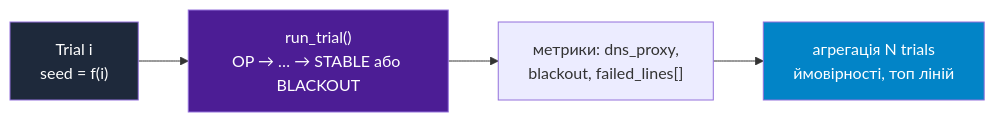
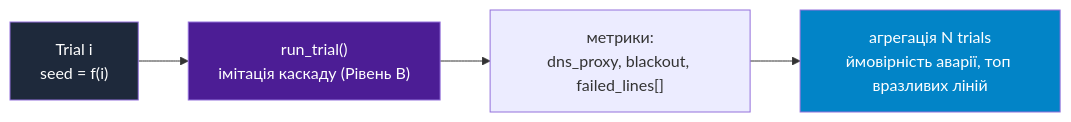
The second of 6 diagrams in docs/n01_power_grid_project.md (vplanto/cloud_grid), drawn with Mermaid before and after one commit. The commit also changed other lines of this file, not shown here.

````diff
--- a/docs/n01_power_grid_project.md
+++ b/docs/n01_power_grid_project.md
@@ -117,11 +119,11 @@
 ```mermaid
 graph LR
     T0["Trial i<br>seed = f(i)"]
-    T0 --> RUN["run_trial()<br>OP → … → STABLE або BLACKOUT"]
-    RUN --> MET["метрики: dns_proxy,<br>blackout, failed_lines[]"]
-    MET --> AGG["агрегація N trials<br>ймовірності, топ ліній"]
+    T0 --> RUN["run_trial()<br>імітація каскаду (Рівень B)"]
+    RUN --> MET["метрики:<br>dns_proxy, blackout, failed_lines[]"]
+    MET --> AGG["агрегація N trials<br>ймовірність аварії, топ вразливих ліній"]
 
     style T0 fill:#1e293b,color:#fff
     style RUN fill:#4c1d95,color:#fff
     style AGG fill:#0284c7,color:#fff
 ```
````
